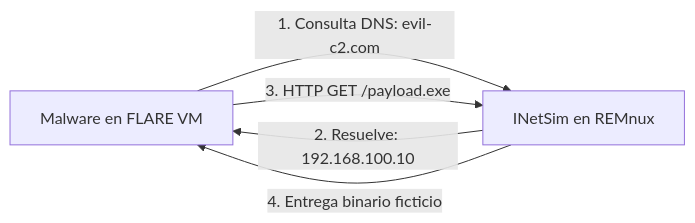
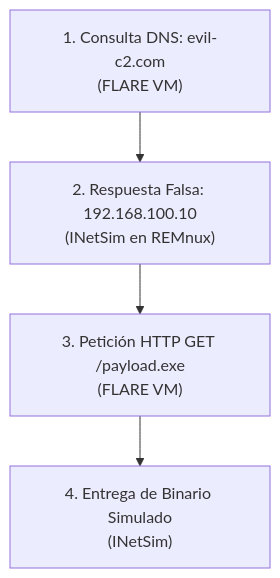
Before and after one commit to purpesec/Cybersecurity-For-Beginners: the third of 4 diagrams in malware-analysis/04-laboratorio-flarevm-remnux-inetsim/README.md, drawn with Mermaid. The commit also changed other lines of this file and 8 other files, not shown here.

Commit message:
fix(malware-analysis): corregir sintaxis de diagramas Mermaid para compatibilidad estricta con renderizador de GitHub

````diff
--- a/malware-analysis/04-laboratorio-flarevm-remnux-inetsim/README.md
+++ b/malware-analysis/04-laboratorio-flarevm-remnux-inetsim/README.md
@@ -100,7 +94,6 @@
 ```mermaid
-flowchart LR
-    MAL["Malware en FLARE VM"] -->|"1. Consulta DNS: evil-c2.com"| INET["INetSim en REMnux"]
-    INET -->|"2. Resuelve: 192.168.100.10"| MAL
-    MAL -->|"3. HTTP GET /payload.exe"| INET
-    INET -->|"4. Entrega binario ficticio"| MAL
+flowchart TD
+    S1["1. Consulta DNS: evil-c2.com<br/>(FLARE VM)"] --> S2["2. Respuesta Falsa: 192.168.100.10<br/>(INetSim en REMnux)"]
+    S2 --> S3["3. Petición HTTP GET /payload.exe<br/>(FLARE VM)"]
+    S3 --> S4["4. Entrega de Binario Simulado<br/>(INetSim)"]
 ```
````
